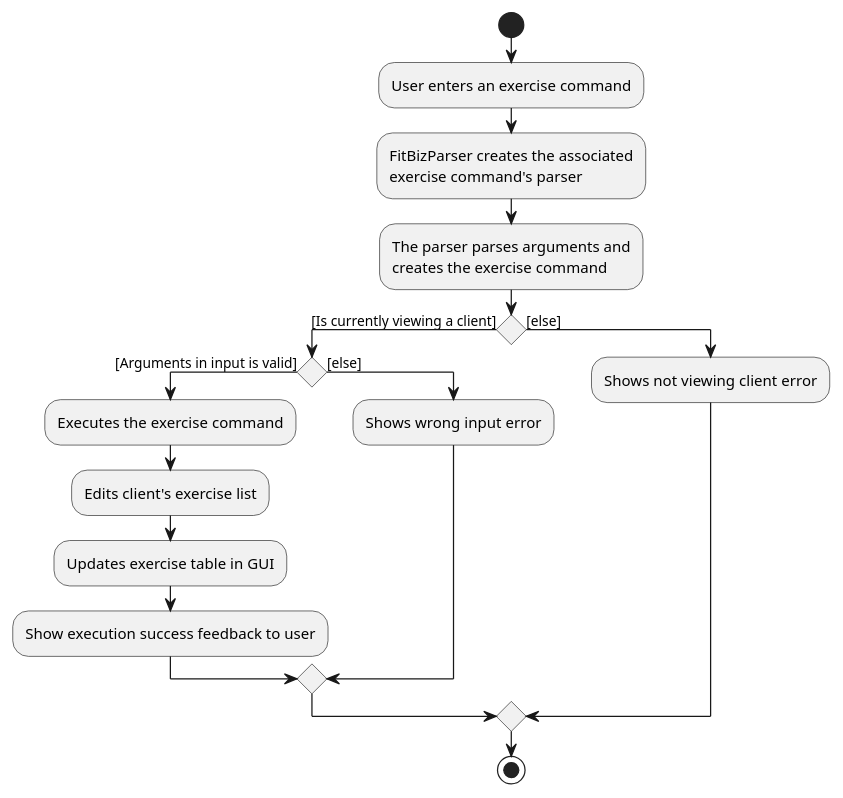
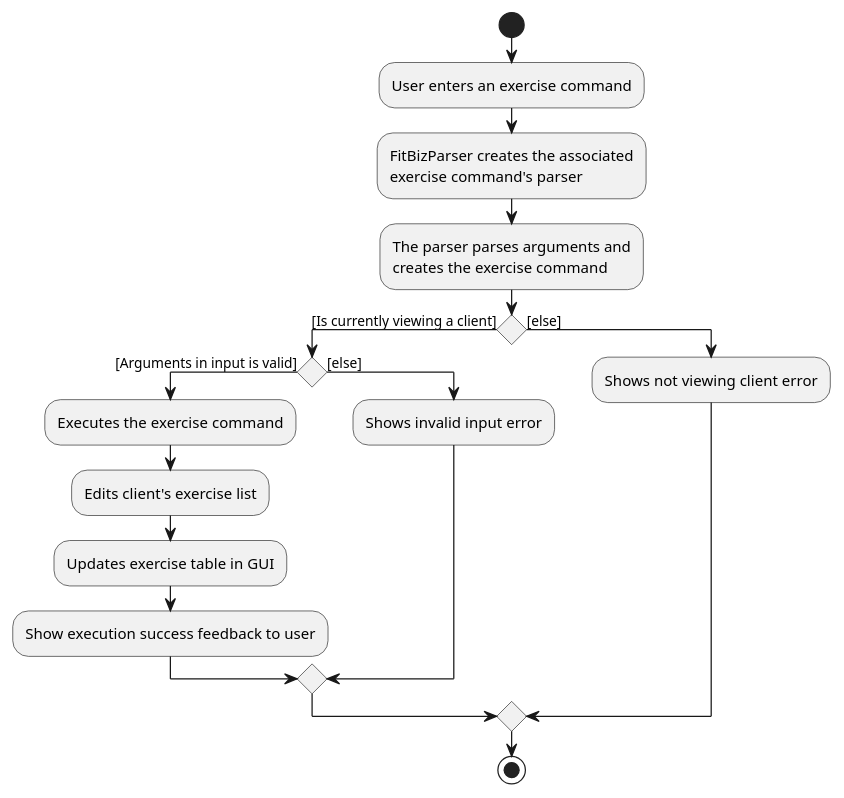
One commit to nus-cs2103-AY1920S2/addressbook-level3 changed the diagram in docs/diagrams/ExerciseCommandsActivityDiagram.puml. Above: the diagram before and after it, drawn with PlantUML. The commit also changed 2 other files, not shown here.

```diff
--- a/docs/diagrams/ExerciseCommandsActivityDiagram.puml
+++ b/docs/diagrams/ExerciseCommandsActivityDiagram.puml
@@ -1,28 +1,28 @@
 @startuml ExerciseCommandActivityDiagram
 start
 
 
 :User enters an exercise command;
 :FitBizParser creates the associated
 exercise command's parser;
 :The parser parses arguments and 
 creates the exercise command;
 
 'Since the beta syntax does not support placing the condition outside the
 'diamond we place it as the true branch instead.
 
 if () then ([Is currently viewing a client])
     if () then ([Arguments in input is valid])
         :Executes the exercise command;
         :Edits client's exercise list;
         :Updates exercise table in GUI;
         :Show execution success feedback to user;
     else ([else])
-        :Shows wrong input error;
+        :Shows invalid input error;
     endif
 else ([else])
     :Shows not viewing client error;
 endif
 
 stop
 @enduml
```
